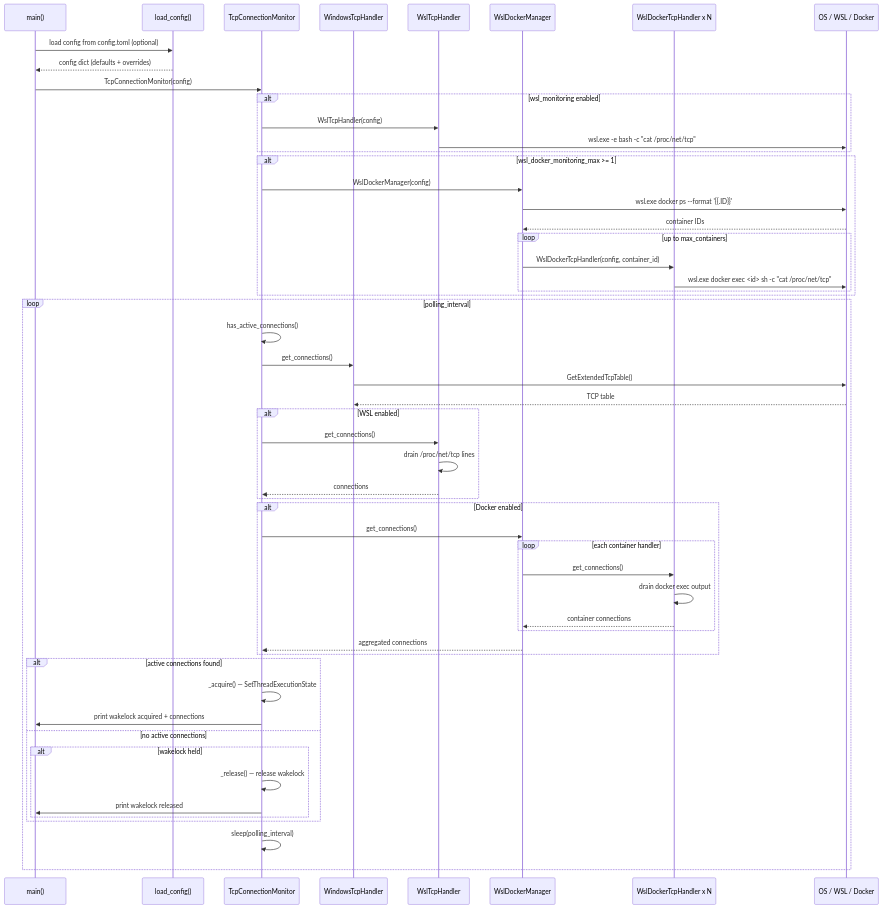
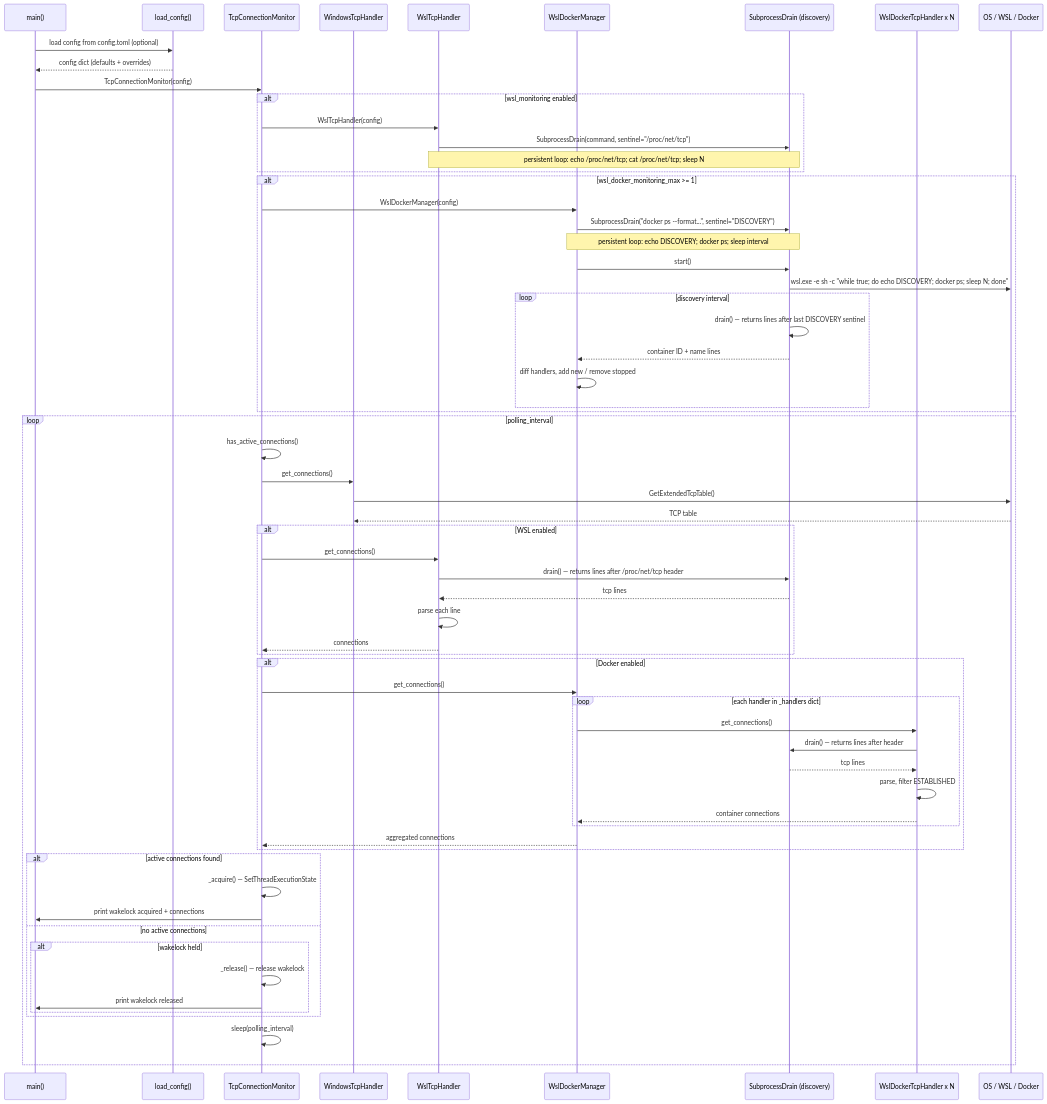
One commit to JonathanKChang/llm_wakelock_windows changed the first of 3 diagrams in docs/sequence-diagram.md. Above: the diagram before and after it, drawn with Mermaid. The commit also changed other lines of this file and 3 other files, not shown here.

First line of the commit message:
docs: update all diagrams for SubprocessDrain architecture

````diff
--- a/docs/sequence-diagram.md
+++ b/docs/sequence-diagram.md
@@ -5,65 +5,74 @@
 ```mermaid
 sequenceDiagram
     participant M as main()
     participant LC as load_config()
     participant TC as TcpConnectionMonitor
     participant WH as WindowsTcpHandler
     participant WSH as WslTcpHandler
     participant WD as WslDockerManager
+    participant DD as SubprocessDrain (discovery)
     participant WDC as WslDockerTcpHandler x N
     participant OS as OS / WSL / Docker
 
     M->>LC: load config from config.toml (optional)
     LC-->>M: config dict (defaults + overrides)
     M->>TC: TcpConnectionMonitor(config)
 
     alt wsl_monitoring enabled
         TC->>WSH: WslTcpHandler(config)
-        WSH->>OS: wsl.exe -e bash -c "cat /proc/net/tcp"
+        WSH->>DD: SubprocessDrain(command, sentinel="/proc/net/tcp")
+        Note over WSH,DD: persistent loop: echo /proc/net/tcp#59; cat /proc/net/tcp#59; sleep N
     end
 
     alt wsl_docker_monitoring_max >= 1
         TC->>WD: WslDockerManager(config)
-        WD->>OS: wsl.exe docker ps --format '{{.ID}}'
-        OS-->>WD: container IDs
-        loop up to max_containers
-            WD->>WDC: WslDockerTcpHandler(config, container_id)
-            WDC->>OS: wsl.exe docker exec <id> sh -c "cat /proc/net/tcp"
+        WD->>DD: SubprocessDrain("docker ps --format...", sentinel="DISCOVERY")
+        Note over WD,DD: persistent loop: echo DISCOVERY#59; docker ps#59; sleep interval
+        WD->>DD: start()
+        DD->>OS: wsl.exe -e sh -c "while true#59; do echo DISCOVERY#59; docker ps#59; sleep N#59; done"
+        loop discovery interval
+            DD->>DD: drain() — returns lines after last DISCOVERY sentinel
+            DD-->>WD: container ID + name lines
+            WD->>WD: diff handlers, add new / remove stopped
         end
     end
 
     loop polling_interval
         TC->>TC: has_active_connections()
         TC->>WH: get_connections()
         WH->>OS: GetExtendedTcpTable()
         OS-->>WH: TCP table
 
         alt WSL enabled
             TC->>WSH: get_connections()
-            WSH->>WSH: drain /proc/net/tcp lines
+            WSH->>DD: drain() — returns lines after /proc/net/tcp header
+            DD-->>WSH: tcp lines
+            WSH->>WSH: parse each line
             WSH-->>TC: connections
         end
 
         alt Docker enabled
             TC->>WD: get_connections()
-            loop each container handler
+            loop each handler in _handlers dict
                 WD->>WDC: get_connections()
-                WDC->>WDC: drain docker exec output
+                WDC->>DD: drain() — returns lines after header
+                DD-->>WDC: tcp lines
+                WDC->>WDC: parse, filter ESTABLISHED
                 WDC-->>WD: container connections
             end
             WD-->>TC: aggregated connections
         end
 
         alt active connections found
             TC->>TC: _acquire() — SetThreadExecutionState
             TC->>M: print wakelock acquired + connections
         else no active connections
             alt wakelock held
                 TC->>TC: _release() — release wakelock
                 TC->>M: print wakelock released
             end
         end
 
         TC->>TC: sleep(polling_interval)
     end
 ```
````
